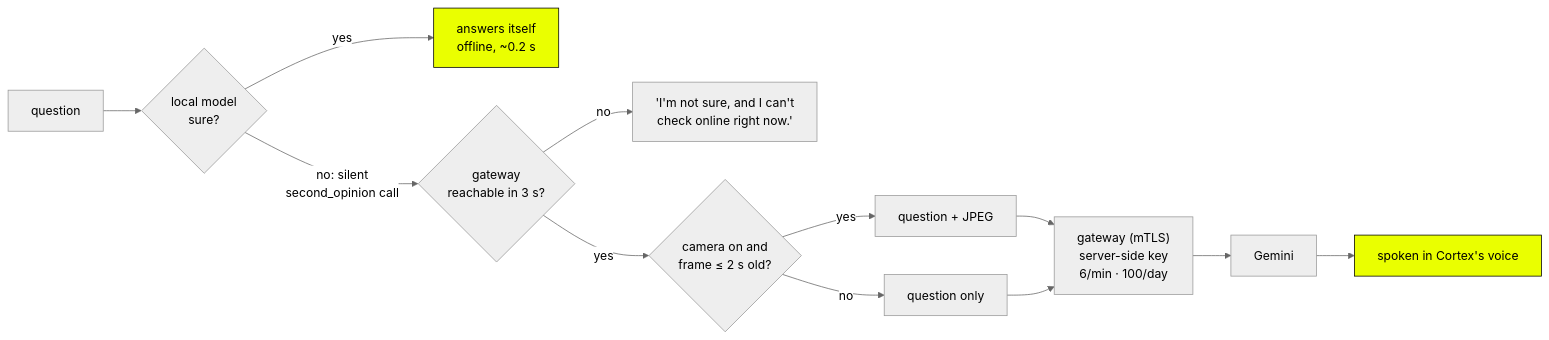
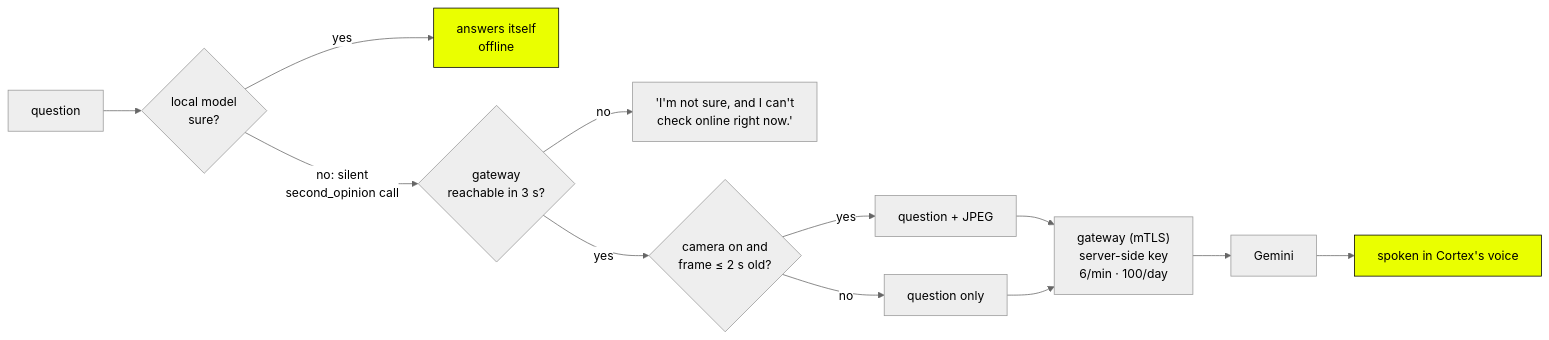
The sixth of 7 diagrams in README.md (Asirive/Asirive-Cortex), drawn with Mermaid (neutral theme) before and after one commit. The commit also changed other lines of this file and 3 other files, not shown here.

First line of the commit message:
README: Cortex-EmbD section, fixed diagrams and numbers

````diff
--- a/README.md
+++ b/README.md
@@ -249,14 +296,14 @@
 ```mermaid
 flowchart LR
   Q["question"] --> LM{"local model<br/>sure?"}
-  LM -- yes --> A["answers itself<br/>offline, ~0.2 s"]
+  LM -- yes --> A["answers itself<br/>offline"]
   LM -- "no: silent<br/>second_opinion call" --> NET{"gateway<br/>reachable in 3 s?"}
   NET -- no --> NS["'I'm not sure, and I can't<br/>check online right now.'"]
   NET -- yes --> CAM{"camera on and<br/>frame ≤ 2 s old?"}
   CAM -- yes --> J["question + JPEG"]
   CAM -- no --> T["question only"]
   J & T --> GW["gateway (mTLS)<br/>server-side key<br/>6/min · 100/day"]
   GW --> GEM["Gemini"] --> S["spoken in Cortex's voice"]
   classDef y fill:#EAFF00,stroke:#000,color:#000
   class A,S y
 ```
````
